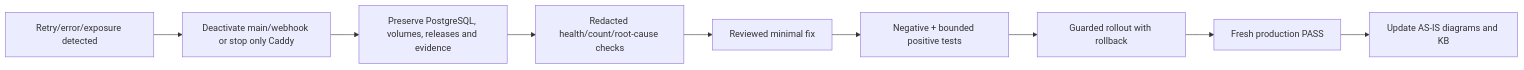
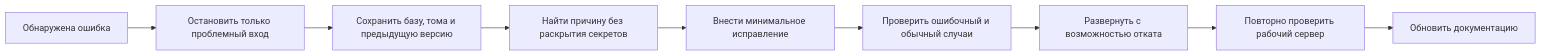
Before and after one commit to DmtrGoltsev/ObsidianVault: the third of 3 diagrams in 05_Система/Схемы/N8NAgents/Runtime_Flows_N8NAgents.md, drawn with Mermaid. The commit also changed other lines of this file and 8 other files, not shown here.

````diff
--- a/05_Система/Схемы/N8NAgents/Runtime_Flows_N8NAgents.md
+++ b/05_Система/Схемы/N8NAgents/Runtime_Flows_N8NAgents.md
@@ -58,11 +55,11 @@
 ```mermaid
 flowchart LR
-    Detect[Retry/error/exposure detected] --> StopIngress[Deactivate main/webhook or stop only Caddy]
-    StopIngress --> Preserve[Preserve PostgreSQL, volumes, releases and evidence]
-    Preserve --> Diagnose[Redacted health/count/root-cause checks]
-    Diagnose --> Fix[Reviewed minimal fix]
-    Fix --> Test[Negative + bounded positive tests]
-    Test --> Rollout[Guarded rollout with rollback]
-    Rollout --> Accept[Fresh production PASS]
-    Accept --> Docs[Update AS-IS diagrams and KB]
+    A[Обнаружена ошибка] --> B[Остановить только проблемный вход]
+    B --> C[Сохранить базу, тома и предыдущую версию]
+    C --> D[Найти причину без раскрытия секретов]
+    D --> E[Внести минимальное исправление]
+    E --> F[Проверить ошибочный и обычный случаи]
+    F --> G[Развернуть с возможностью отката]
+    G --> H[Повторно проверить рабочий сервер]
+    H --> K[Обновить документацию]
 ```
````
